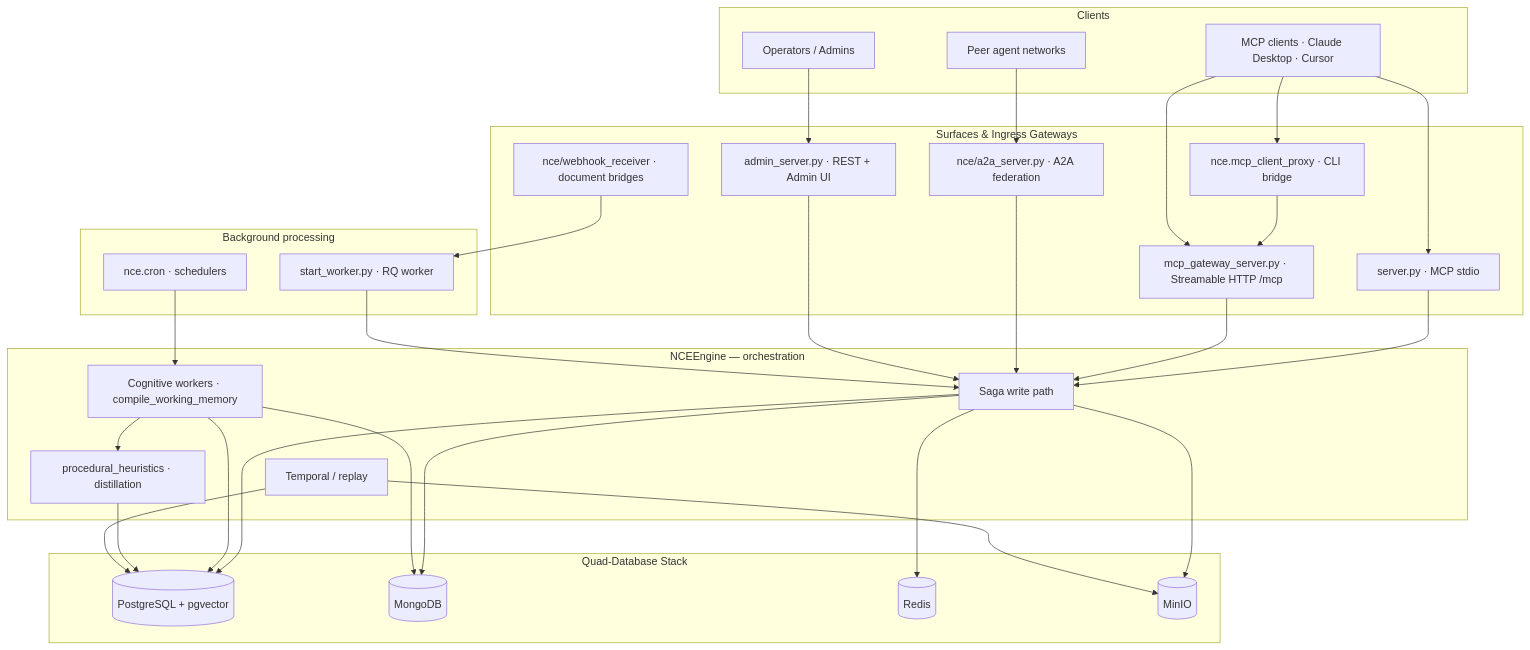
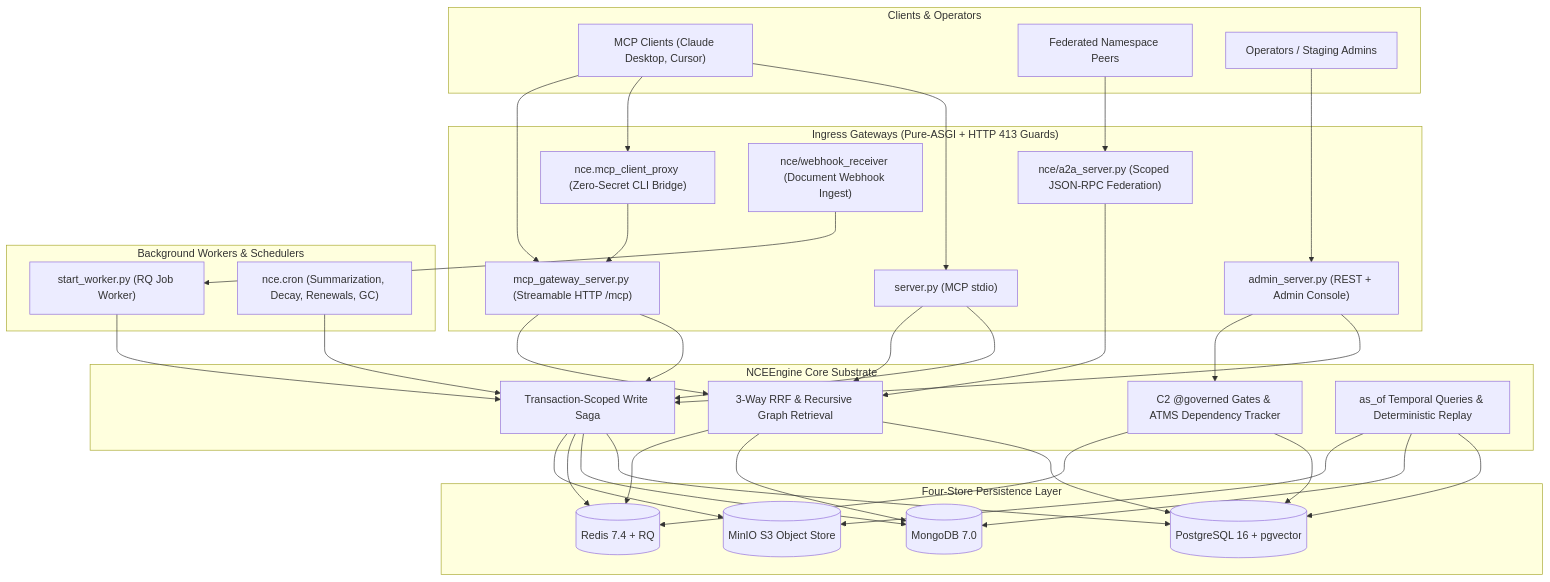
Before and after one commit to sindrehaugen/neuro-cognitive-engine: the diagram in README.md, drawn with Mermaid. The commit also changed other lines of this file and 35 other files, not shown here.

````diff
--- a/README.md
+++ b/README.md
@@ -84,55 +91,54 @@
 ```mermaid
 flowchart TB
-  subgraph Clients [Clients]
-    IDE["MCP clients · Claude Desktop · Cursor"]
-    PEER["Peer agent networks"]
-    OPS["Operators / Admins"]
+  subgraph Clients ["Clients & Operators"]
+    IDE["MCP Clients (Claude Desktop, Cursor)"]
+    PEER["Federated Namespace Peers"]
+    OPS["Operators / Staging Admins"]
   end
 
-  subgraph Surfaces [Surfaces & Ingress Gateways]
-    STDIO["server.py · MCP stdio"]
-    GW["mcp_gateway_server.py · Streamable HTTP /mcp"]
-    PROXY["nce.mcp_client_proxy · CLI bridge"]
-    A2A["nce/a2a_server.py · A2A federation"]
-    ADM["admin_server.py · REST + Admin UI"]
-    WH["nce/webhook_receiver · document bridges"]
+  subgraph Surfaces ["Ingress Gateways (Pure-ASGI + HTTP 413 Guards)"]
+    STDIO["server.py (MCP stdio)"]
+    GW["mcp_gateway_server.py (Streamable HTTP /mcp)"]
+    PROXY["nce.mcp_client_proxy (Zero-Secret CLI Bridge)"]
+    A2A["nce/a2a_server.py (Scoped JSON-RPC Federation)"]
+    ADM["admin_server.py (REST + Admin Console)"]
+    WH["nce/webhook_receiver (Document Webhook Ingest)"]
   end
 
-  subgraph Background [Background processing]
-    RQ["start_worker.py · RQ worker"]
-    CRON["nce.cron · schedulers"]
+  subgraph Background ["Background Workers & Schedulers"]
+    RQ["start_worker.py (RQ Job Worker)"]
+    CRON["nce.cron (Summarization, Decay, Renewals, GC)"]
   end
 
-  subgraph Engine [NCEEngine — orchestration]
-    ORCH["Saga write path"]
-    COG["Cognitive workers · compile_working_memory"]
-    PROC["procedural_heuristics · distillation"]
-    TMP["Temporal / replay"]
+  subgraph Engine ["NCEEngine Core Substrate"]
+    ORCH["Transaction-Scoped Write Saga"]
+    RET["3-Way RRF & Recursive Graph Retrieval"]
+    GOV["C2 @governed Gates & ATMS Dependency Tracker"]
+    TMP["as_of Temporal Queries & Deterministic Replay"]
   end
 
-  subgraph Data [Quad-Database Stack]
-    PG[("PostgreSQL + pgvector")]
-    MG[("MongoDB")]
-    RD[("Redis")]
-    S3[("MinIO")]
+  subgraph Data ["Four-Store Persistence Layer"]
+    PG[("PostgreSQL 16 + pgvector")]
+    MG[("MongoDB 7.0")]
+    RD[("Redis 7.4 + RQ")]
+    S3[("MinIO S3 Object Store")]
   end
 
   IDE --> STDIO
   IDE --> PROXY
   PROXY --> GW
   IDE --> GW
   PEER --> A2A
   OPS --> ADM
-  STDIO --> ORCH
-  GW --> ORCH
-  A2A --> ORCH
-  ADM --> ORCH
+  STDIO --> ORCH & RET
+  GW --> ORCH & RET
+  A2A --> RET
+  ADM --> ORCH & GOV
   WH --> RQ
   RQ --> ORCH
-  CRON --> COG
-  COG --> PROC
+  CRON --> ORCH
   ORCH --> PG & MG & RD & S3
-  COG --> PG & MG
-  PROC --> PG
-  TMP --> PG & S3
+  RET --> PG & MG & RD
+  GOV --> PG & RD
+  TMP --> PG & MG & S3
 ```
````
